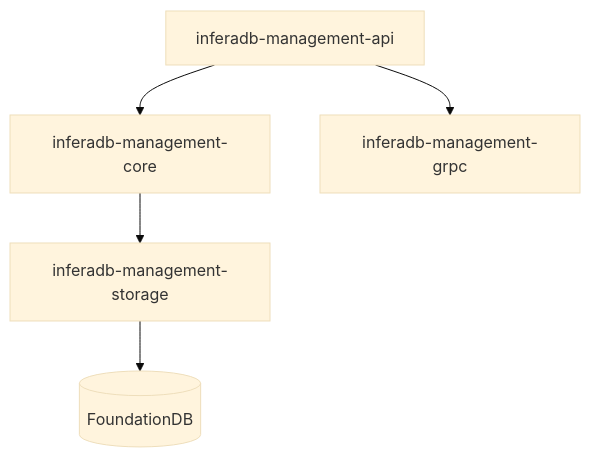
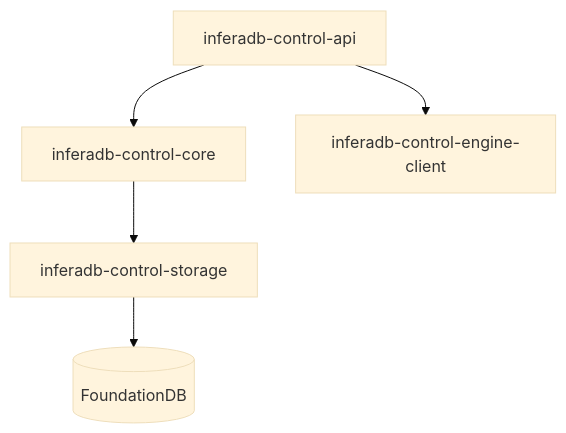
Before and after one commit to inferadb/control: the diagram in README.md, drawn with Mermaid (base theme). The commit also changed other lines of this file and 245 other files, not shown here.

````diff
--- a/README.md
+++ b/README.md
@@ -62,7 +62,7 @@
 ```mermaid
 graph TD
-    API[inferadb-management-api] --> Core[inferadb-management-core]
-    Core --> Storage[inferadb-management-storage]
+    API[inferadb-control-api] --> Core[inferadb-control-core]
+    Core --> Storage[inferadb-control-storage]
     Storage --> FDB[(FoundationDB)]
-    API --> GRPC[inferadb-management-grpc]
+    API --> GRPC[inferadb-control-engine-client]
 ```
````
